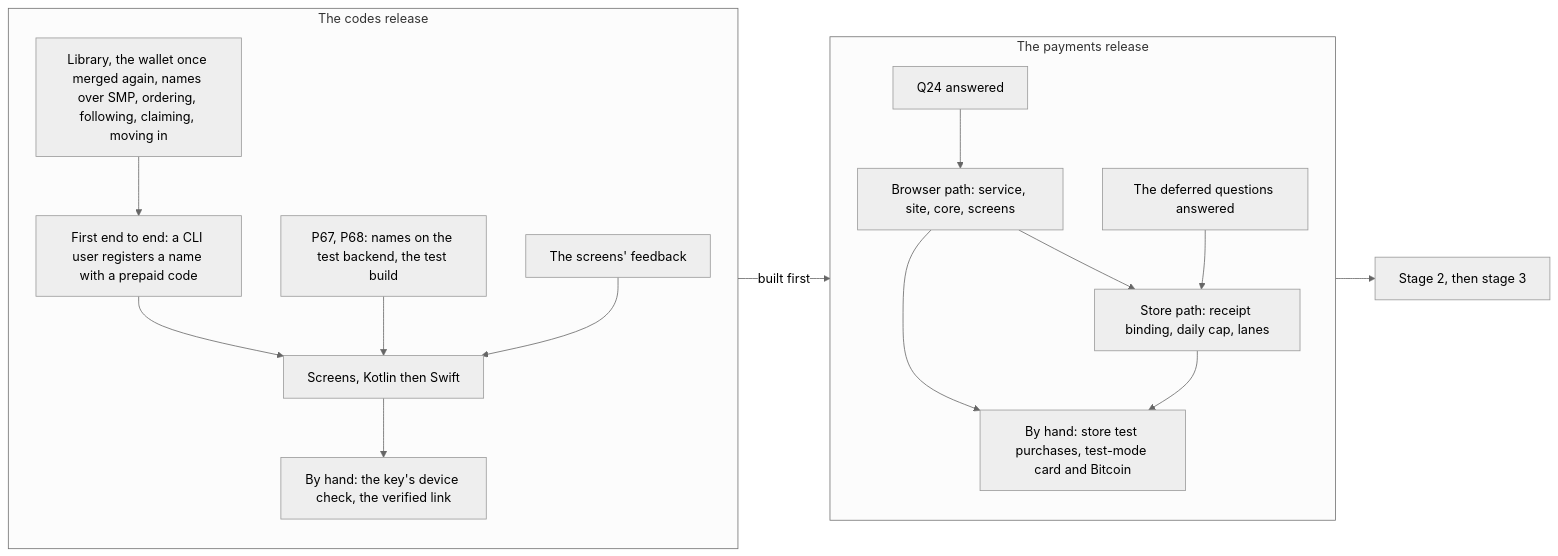
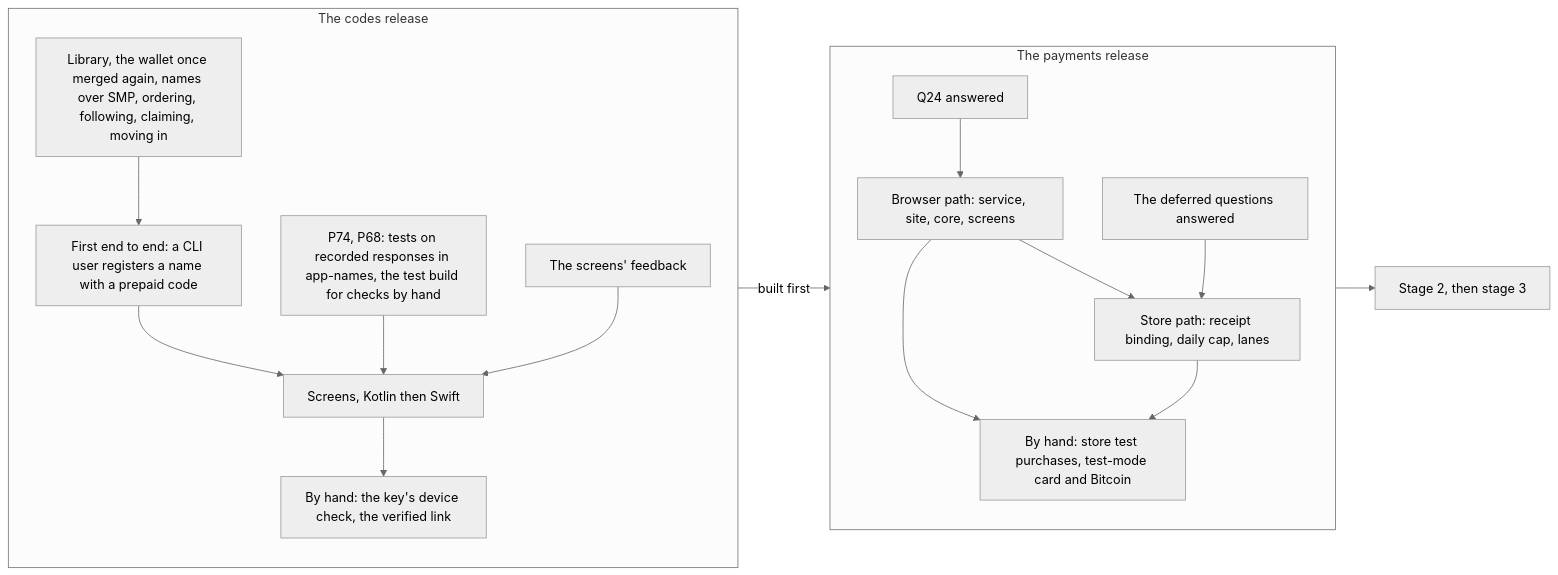
One commit to simplex-chat/simplex-chat changed the tenth of 11 diagrams in plans/2026-10-30-names-in-app-purchases.md. Above: the diagram before and after it, drawn with Mermaid (neutral theme). The commit also changed other lines of this file, not shown here.

Commit message:
docs: names plan tests on recorded core responses

````diff
--- a/plans/2026-10-30-names-in-app-purchases.md
+++ b/plans/2026-10-30-names-in-app-purchases.md
@@ -1320,32 +1320,32 @@
 ```mermaid
 flowchart LR
   subgraph codes["The codes release"]
     direction TB
-    dev["P67, P68: names on the test backend, the test build"]
+    dev["P74, P68: tests on recorded responses in app-names, the test build for checks by hand"]
     core["Library, the wallet once merged again, names over SMP, ordering, following, claiming, moving in"]
     e2e["First end to end: a CLI user registers a name with a prepaid code"]
     fb["The screens' feedback"]
     ui["Screens, Kotlin then Swift"]
     hand1["By hand: the key's device check, the verified link"]
     core --> e2e
     e2e --> ui
     dev --> ui
     fb --> ui
     ui --> hand1
   end
   subgraph pay["The payments release"]
     direction TB
     q24["Q24 answered"]
     qd["The deferred questions answered"]
     browser["Browser path: service, site, core, screens"]
     store["Store path: receipt binding, daily cap, lanes"]
     hand2["By hand: store test purchases, test-mode card and Bitcoin"]
     q24 --> browser
     qd --> store
     browser --> store
     browser --> hand2
     store --> hand2
   end
   codes -->|"built first"| pay
   pay --> later["Stage 2, then stage 3"]
 ```
````
